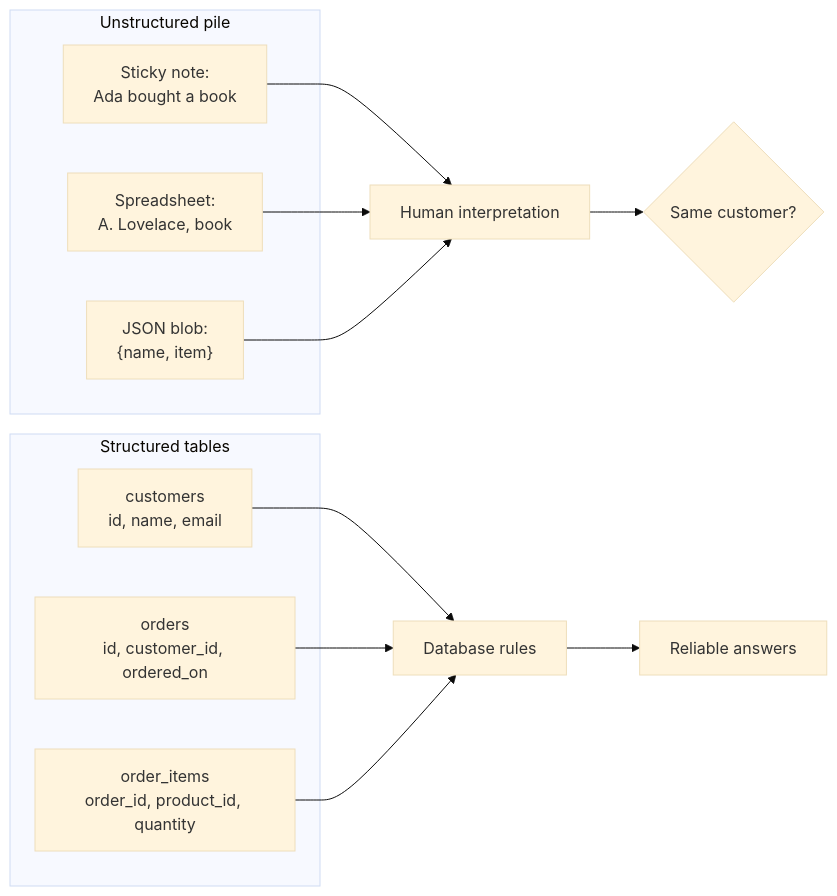
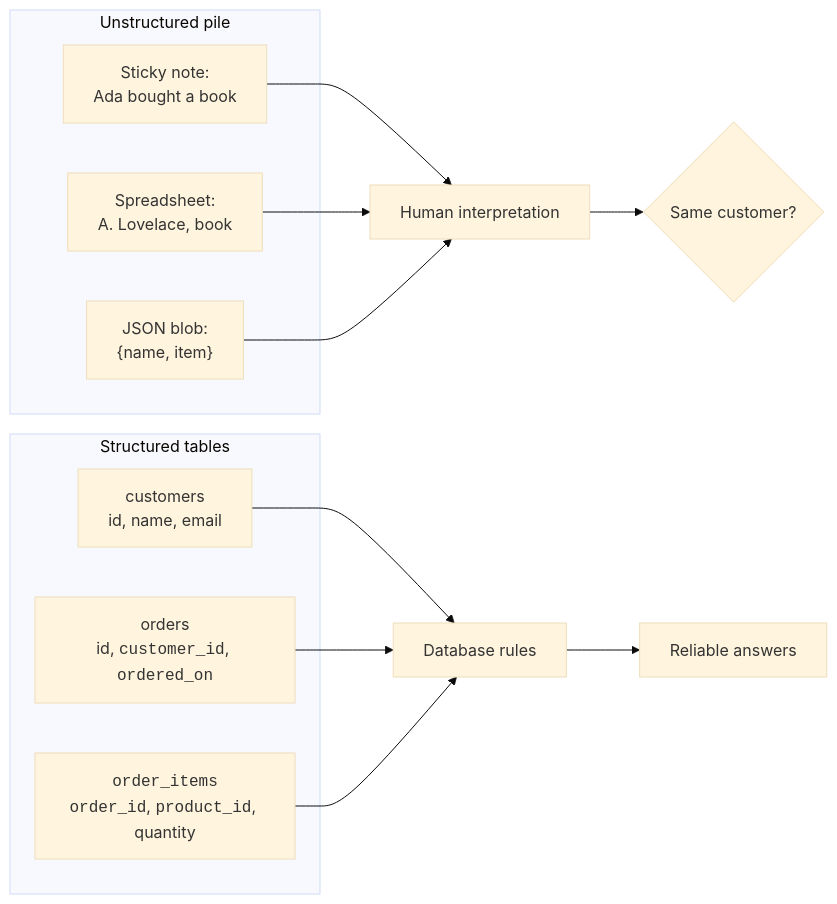
Before and after one commit to dataslope/dataslope: the first of 3 diagrams in content/learn/database-design-postgresql/why-structured-data.mdx, drawn with Mermaid (base theme). The commit also changed 153 other files, not shown here.

First line of the commit message:
Render code-only mermaid shapes in monospace; convert step sequences to Steps

````diff
--- a/content/learn/database-design-postgresql/why-structured-data.mdx
+++ b/content/learn/database-design-postgresql/why-structured-data.mdx
@@ -31,24 +31,24 @@
 ```mermaid
 flowchart LR
     subgraph messy["Unstructured pile"]
         A["Sticky note:<br/>Ada bought a book"]
         B["Spreadsheet:<br/>A. Lovelace, book"]
         C["JSON blob:<br/>{name, item}"]
     end
 
     subgraph clean["Structured tables"]
         D["customers<br/>id, name, email"]
-        E["orders<br/>id, customer_id, ordered_on"]
-        F["order_items<br/>order_id, product_id, quantity"]
+        E["orders<br/>id, <code>customer_id</code>, <code>ordered_on</code>"]
+        F["<code>order_items</code><br/><code>order_id</code>, <code>product_id</code>, quantity"]
     end
 
     A --> G["Human interpretation"]
     B --> G
     C --> G
     G --> H{"Same customer?"}
 
     D --> I["Database rules"]
     E --> I
     F --> I
     I --> J["Reliable answers"]
 ```
````
